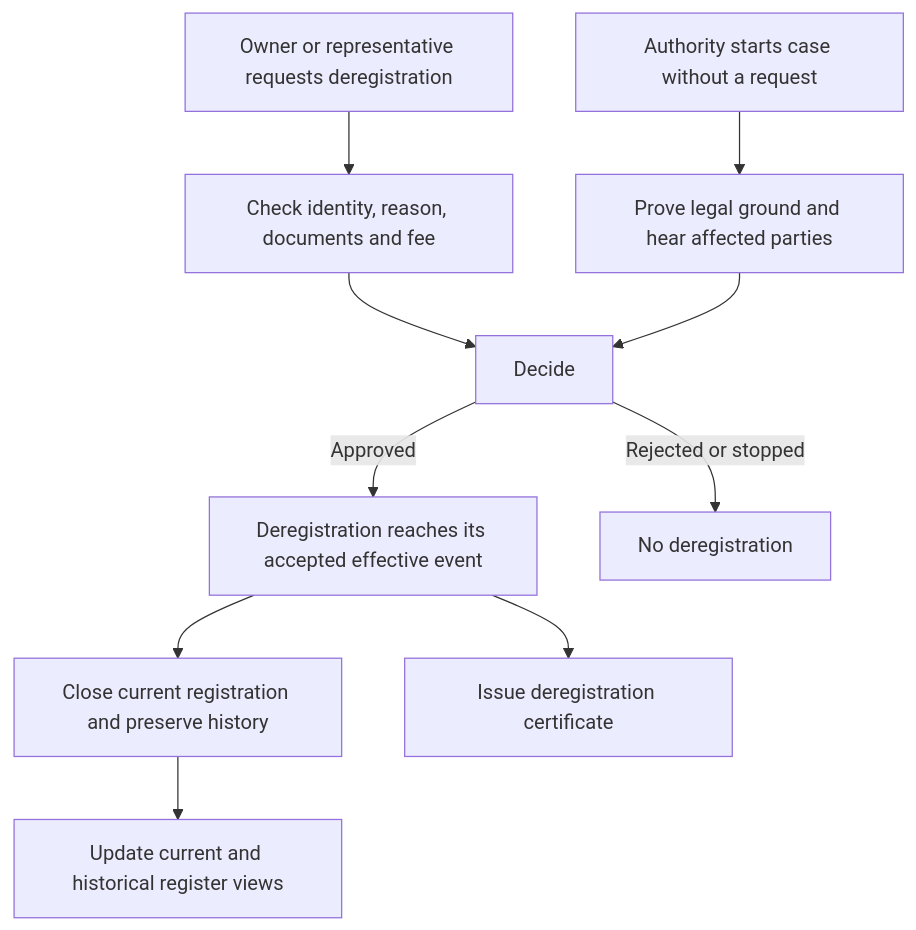
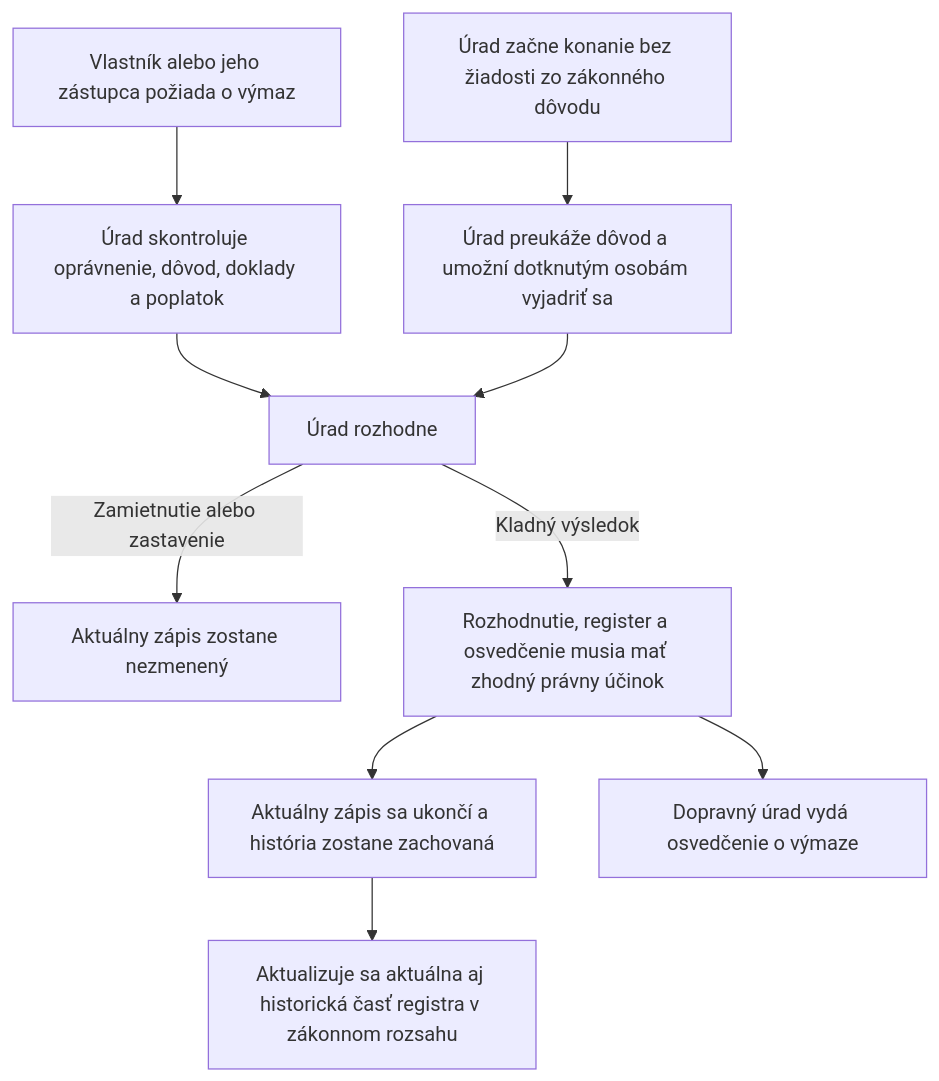
The diagram in examples/MUDU-063/graph.md (fixerivan/mudu-process-definition-standard), drawn with Mermaid before and after one commit. The commit also changed other lines of this file and 10 other files, not shown here.

````diff
--- a/examples/MUDU-063/graph.md
+++ b/examples/MUDU-063/graph.md
@@ -5,12 +8,12 @@
 ```mermaid
 graph TD
-    A1["Owner or representative requests deregistration"] --> B["Check identity, reason, documents and fee"]
-    A2["Authority starts case without a request"] --> B2["Prove legal ground and hear affected parties"]
-    B --> C["Decide"]
+    A1["Vlastník alebo jeho zástupca požiada o výmaz"] --> B1["Úrad skontroluje oprávnenie, dôvod, doklady a poplatok"]
+    A2["Úrad začne konanie bez žiadosti zo zákonného dôvodu"] --> B2["Úrad preukáže dôvod a umožní dotknutým osobám vyjadriť sa"]
+    B1 --> C["Úrad rozhodne"]
     B2 --> C
-    C -->|Approved| D["Deregistration reaches its accepted effective event"]
-    C -->|Rejected or stopped| X["No deregistration"]
-    D --> E["Close current registration and preserve history"]
-    D --> F["Issue deregistration certificate"]
-    E --> G["Update current and historical register views"]
+    C -->|Zamietnutie alebo zastavenie| X["Aktuálny zápis zostane nezmenený"]
+    C -->|Kladný výsledok| D["Rozhodnutie, register a osvedčenie musia mať zhodný právny účinok"]
+    D --> E["Aktuálny zápis sa ukončí a história zostane zachovaná"]
+    D --> F["Dopravný úrad vydá osvedčenie o výmaze"]
+    E --> G["Aktualizuje sa aktuálna aj historická časť registra v zákonnom rozsahu"]
 ```
````
